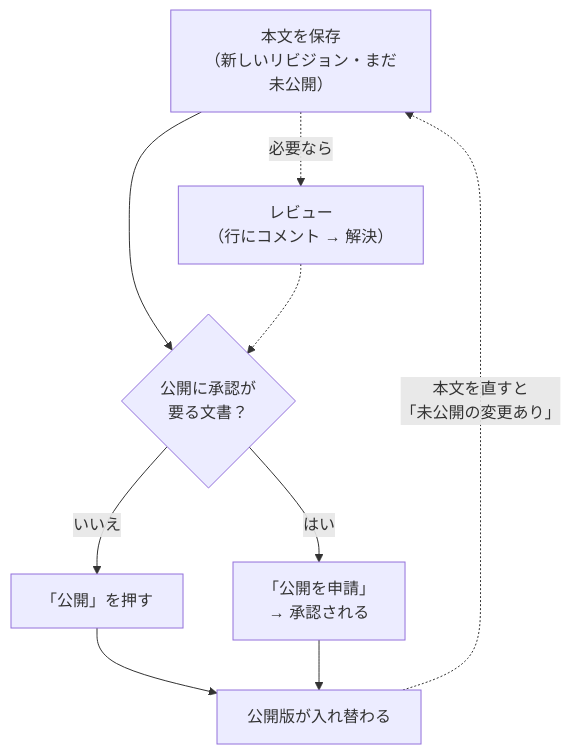
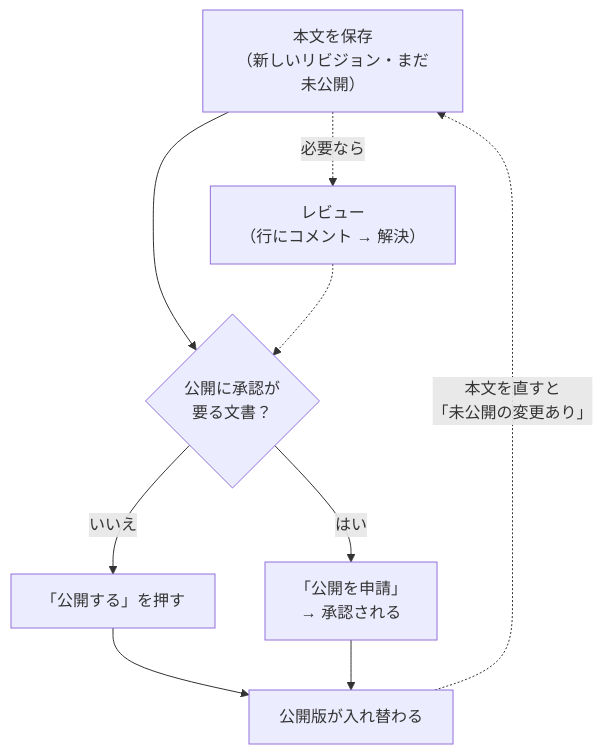
The diagram in coolify/apps/nextjs-web/content/manual/operations/general/internal-pages/user.md (Kuisin/ckk-tool-v3), drawn with Mermaid before and after one commit. The commit also changed other lines of this file and 29 other files, not shown here.

````diff
--- a/coolify/apps/nextjs-web/content/manual/operations/general/internal-pages/user.md
+++ b/coolify/apps/nextjs-web/content/manual/operations/general/internal-pages/user.md
@@ -75,11 +90,11 @@
 ```mermaid
 flowchart TD
   save["本文を保存<br/>（新しいリビジョン・まだ未公開）"] -.->|"必要なら"| rev["レビュー<br/>（行にコメント → 解決）"]
   save --> q{"公開に承認が<br/>要る文書？"}
   rev -.-> q
-  q -->|"いいえ"| pub["「公開」を押す"]
+  q -->|"いいえ"| pub["「公開する」を押す"]
   q -->|"はい"| req["「公開を申請」<br/>→ 承認される"]
   pub --> live["公開版が入れ替わる"]
   req --> live
   live -.->|"本文を直すと<br/>「未公開の変更あり」"| save
 ```
````
